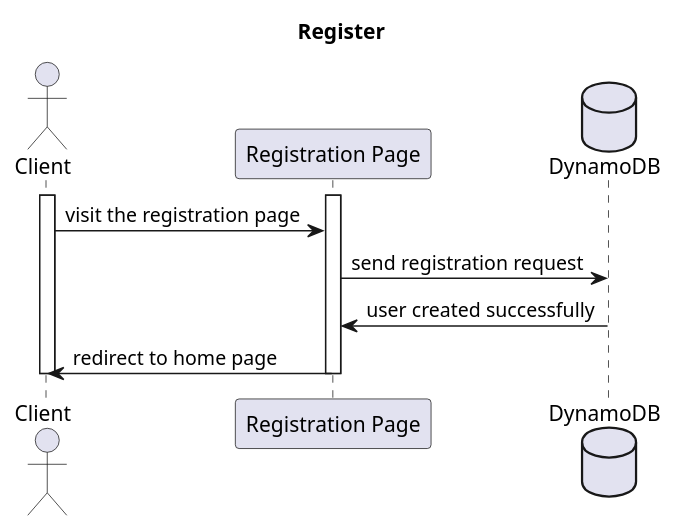
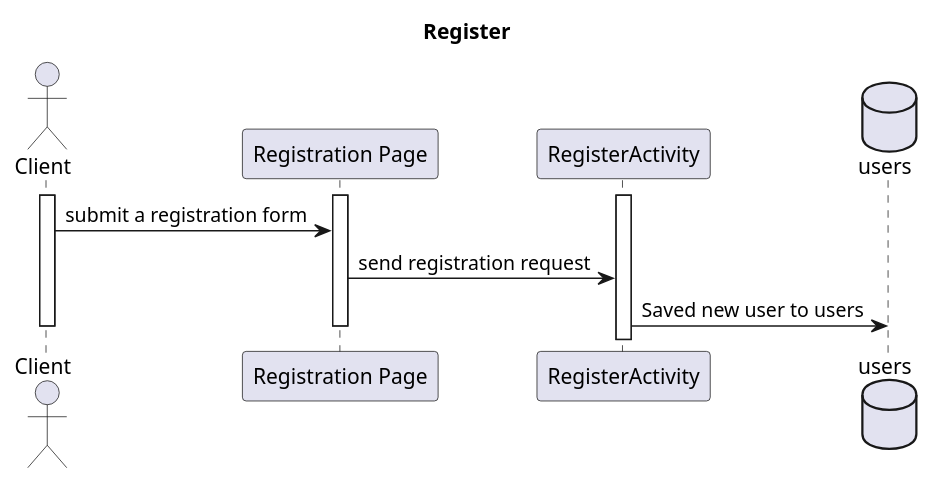
One commit to BloomTechBackend/bd-team-project-crypto-wizards changed the diagram in resources/Register_SD.puml. Above: the diagram before and after it, drawn with PlantUML. The commit also changed 22 other files, not shown here.

Commit message:
Updated the sequence Diagrams with suggestions from Shannon

```diff
--- a/resources/Register_SD.puml
+++ b/resources/Register_SD.puml
@@ -1,16 +1,16 @@
 @startuml
 title Register
 actor Client
 
 participant "Registration Page" as registrationPage
 activate Client
 activate registrationPage
-database DynamoDB
+activate RegisterActivity
+database users
 
-Client -> registrationPage : visit the registration page
-registrationPage -> DynamoDB :  send registration request
-DynamoDB -> registrationPage : user created successfully
-registrationPage -> Client : redirect to home page
+Client -> registrationPage : submit a registration form
+registrationPage -> RegisterActivity :  send registration request
+RegisterActivity -> users : Saved new user to users
 deactivate Client
 deactivate registrationPage
 @enduml
```
